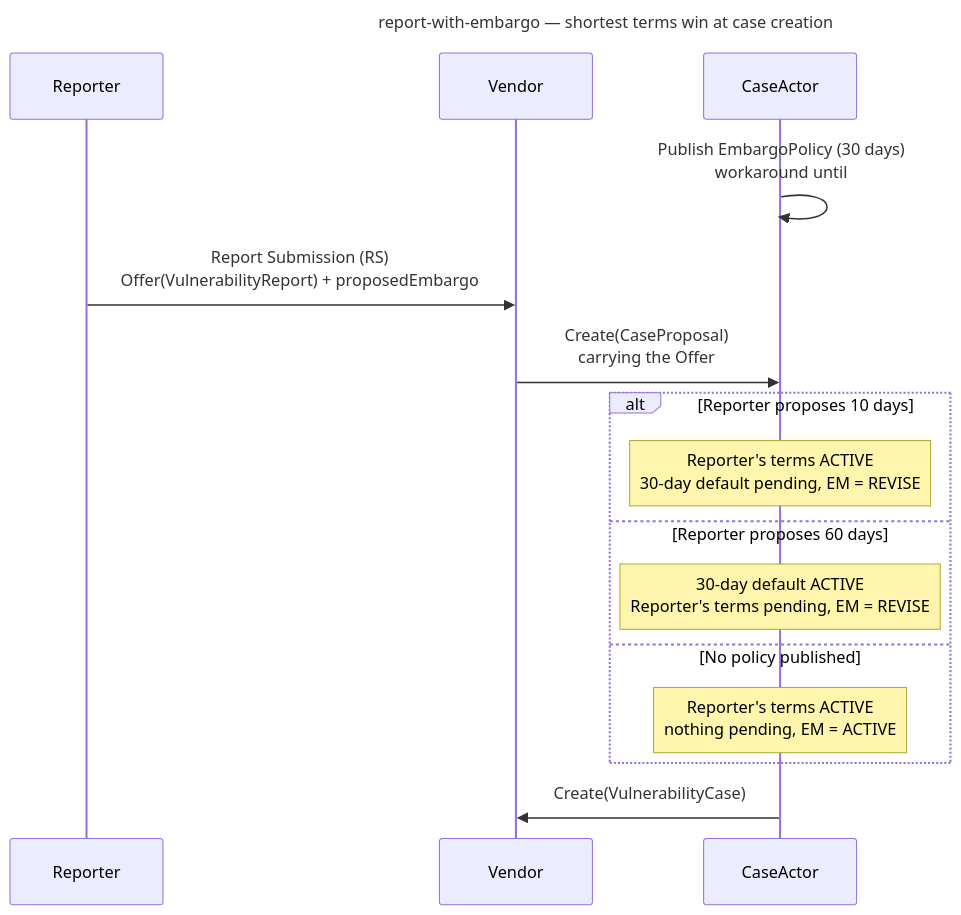
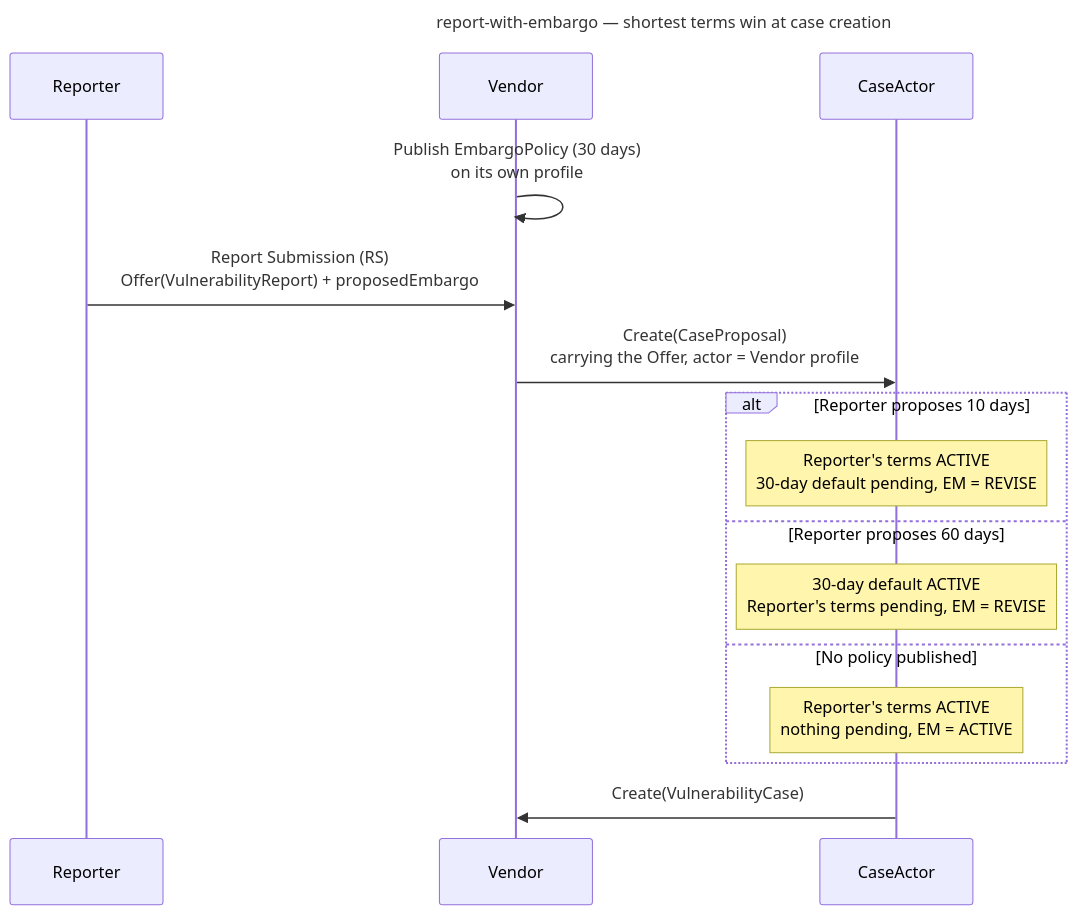
Before and after one commit to CERTCC/Vultron: the sixth of 9 diagrams in docs/tutorials/other_demos.md, drawn with Mermaid. The commit also changed other lines of this file and 37 other files, not shown here.

First line of the commit message:
feat(case-proposal): carry the proposer's profile inline on Create(CaseProposal) (#4027)

````diff
--- a/docs/tutorials/other_demos.md
+++ b/docs/tutorials/other_demos.md
@@ -271,21 +271,21 @@
 ```mermaid
 ---
 title: report-with-embargo — shortest terms win at case creation
 ---
 sequenceDiagram
     participant R as Reporter
     participant V as Vendor
     participant CA as CaseActor
 
-    CA->>CA: Publish EmbargoPolicy (30 days)<br/>workaround until #4026/#4027
+    V->>V: Publish EmbargoPolicy (30 days)<br/>on its own profile
     R->>V: Report Submission (RS)<br/>Offer(VulnerabilityReport) + proposedEmbargo
-    V->>CA: Create(CaseProposal)<br/>carrying the Offer
+    V->>CA: Create(CaseProposal)<br/>carrying the Offer, actor = Vendor profile
     alt Reporter proposes 10 days
         Note over CA: Reporter's terms ACTIVE<br/>30-day default pending, EM = REVISE
     else Reporter proposes 60 days
         Note over CA: 30-day default ACTIVE<br/>Reporter's terms pending, EM = REVISE
     else No policy published
         Note over CA: Reporter's terms ACTIVE<br/>nothing pending, EM = ACTIVE
     end
     CA->>V: Create(VulnerabilityCase)
 ```
````
